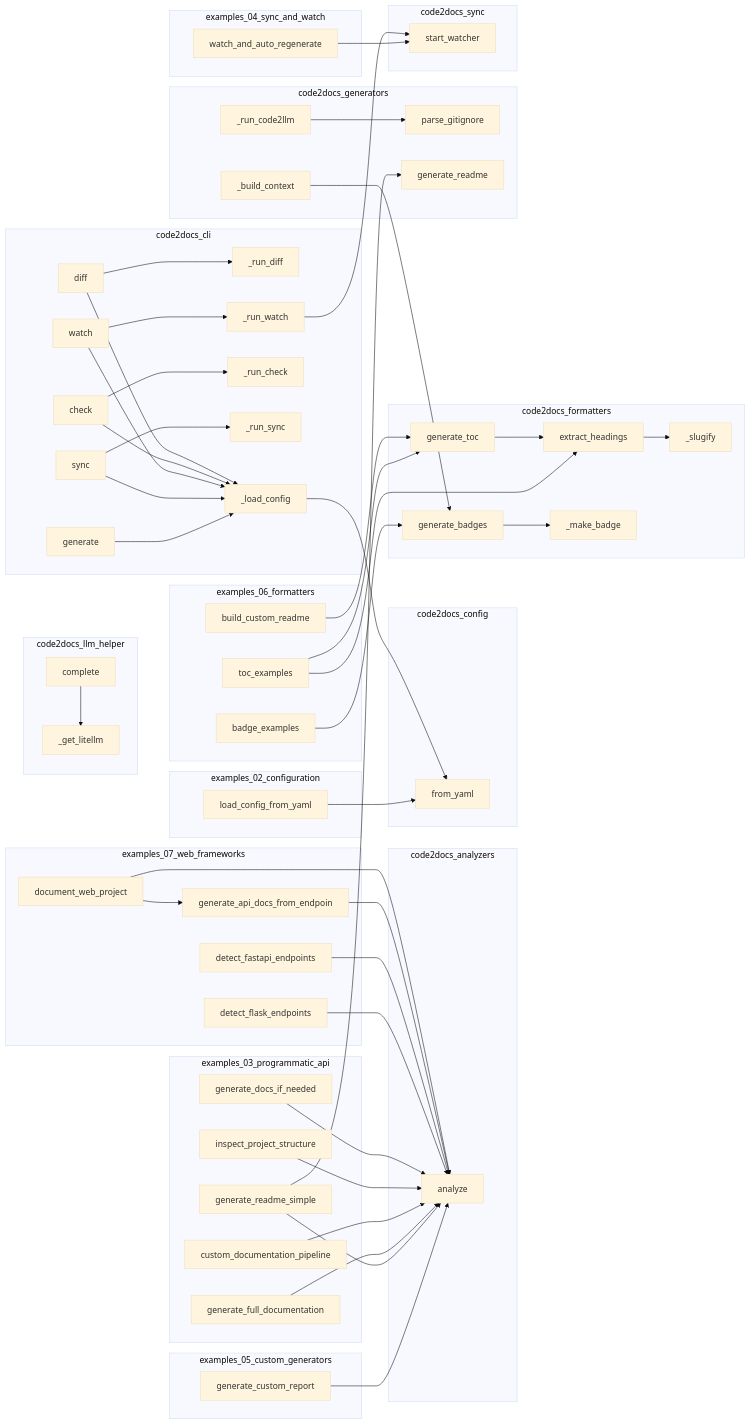
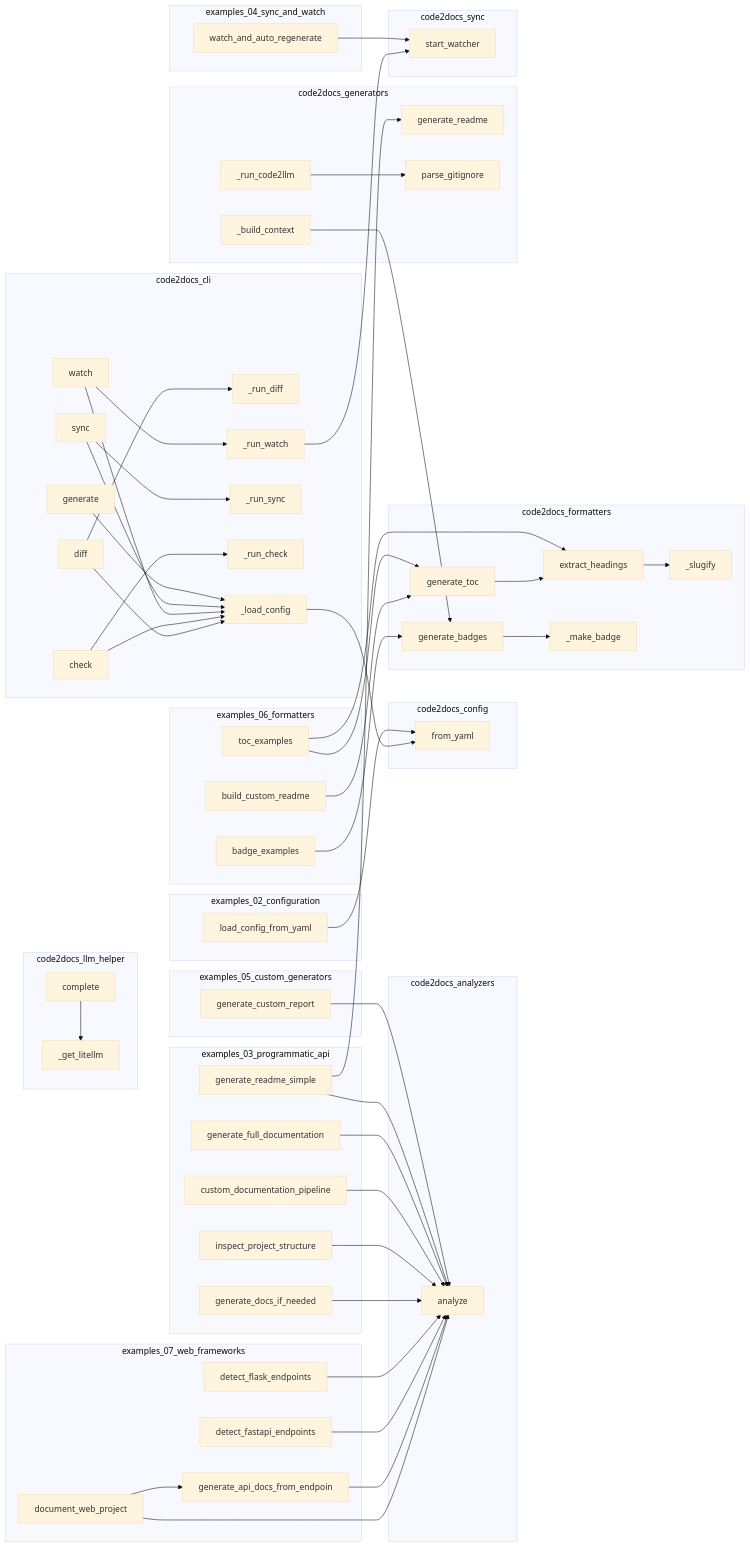
The diagram in project/calls.mmd (wronai/code2docs), drawn with Mermaid (base theme) before and after one commit. The commit also changed other lines of this file and 23 other files, not shown here.

```diff
--- a/project/calls.mmd
+++ b/project/calls.mmd
@@ -1,101 +1,101 @@
 flowchart LR
     subgraph code2docs_analyzers
         code2docs__analyze["analyze"]
     end
     subgraph code2docs_cli
+        code2docs__cli__check["check"]
+        code2docs__cli___run_diff["_run_diff"]
+        code2docs__cli___load_config["_load_config"]
+        code2docs__cli__watch["watch"]
         code2docs__cli__generate["generate"]
-        code2docs__cli___run_diff["_run_diff"]
+        code2docs__cli__diff["diff"]
+        code2docs__cli___run_sync["_run_sync"]
+        code2docs__cli___run_check["_run_check"]
+        code2docs__cli___run_watch["_run_watch"]
         code2docs__cli__sync["sync"]
-        code2docs__cli__check["check"]
-        code2docs__cli__watch["watch"]
-        code2docs__cli___run_watch["_run_watch"]
-        code2docs__cli___run_check["_run_check"]
-        code2docs__cli___run_sync["_run_sync"]
-        code2docs__cli___load_config["_load_config"]
-        code2docs__cli__diff["diff"]
     end
     subgraph code2docs_config
         code2docs__config__Code2DocsConfig__from_yaml["from_yaml"]
     end
     subgraph code2docs_formatters
+        code2docs__formatters__toc__generate_toc["generate_toc"]
         code2docs__formatters__toc___slugify["_slugify"]
-        code2docs__formatters__toc__generate_toc["generate_toc"]
         code2docs__formatters__toc__extract_headings["extract_headings"]
+        code2docs__formatters__badges__generate_badges["generate_badges"]
         code2docs__formatters__badges___make_badge["_make_badge"]
-        code2docs__formatters__badges__generate_badges["generate_badges"]
     end
     subgraph code2docs_generators
+        code2docs__generators__readme_gen__generate_readme["generate_readme"]
+        code2docs__parse_gitignore["parse_gitignore"]
+        code2docs___build_context["_build_context"]
         code2docs___run_code2llm["_run_code2llm"]
-        code2docs___build_context["_build_context"]
-        code2docs__parse_gitignore["parse_gitignore"]
-        code2docs__generators__readme_gen__generate_readme["generate_readme"]
     end
     subgraph code2docs_llm_helper
+        code2docs__llm_helper___get_litellm["_get_litellm"]
         code2docs__llm_helper__LLMHelper__complete["complete"]
-        code2docs__llm_helper___get_litellm["_get_litellm"]
     end
     subgraph code2docs_sync
         code2docs__sync__watcher__start_watcher["start_watcher"]
     end
     subgraph examples_02_configuration
         examples__02_configuration__load_config_from_yaml["load_config_from_yaml"]
     end
     subgraph examples_03_programmatic_api
+        examples__generate_full_documentation["generate_full_documentation"]
+        examples__custom_documentation_pipeline["custom_documentation_pipeline"]
         examples__generate_docs_if_needed["generate_docs_if_needed"]
         examples__inspect_project_structure["inspect_project_structure"]
-        examples__custom_documentation_pipeline["custom_documentation_pipeline"]
-        examples__generate_full_documentation["generate_full_documentation"]
         examples__generate_readme_simple["generate_readme_simple"]
     end
     subgraph examples_04_sync_and_watch
         examples__watch_and_auto_regenerate["watch_and_auto_regenerate"]
     end
     subgraph examples_05_custom_generators
         examples__generate_custom_report["generate_custom_report"]
     end
     subgraph examples_06_formatters
         examples__06_formatters__toc_examples["toc_examples"]
+        examples__06_formatters__badge_examples["badge_examples"]
         examples__06_formatters__build_custom_readme["build_custom_readme"]
-        examples__06_formatters__badge_examples["badge_examples"]
     end
     subgraph examples_07_web_frameworks
+        examples__generate_api_docs_from_endpoints["generate_api_docs_from_endpoin"]
+        examples__07_web_frameworks__document_web_project["document_web_project"]
         examples__detect_fastapi_endpoints["detect_fastapi_endpoints"]
-        examples__07_web_frameworks__document_web_project["document_web_project"]
-        examples__generate_api_docs_from_endpoints["generate_api_docs_from_endpoin"]
         examples__detect_flask_endpoints["detect_flask_endpoints"]
     end
     code2docs__llm_helper__LLMHelper__complete --> code2docs__llm_helper___get_litellm
     examples__watch_and_auto_regenerate --> code2docs__sync__watcher__start_watcher
     examples__generate_custom_report --> code2docs__analyze
     examples__06_formatters__badge_examples --> code2docs__formatters__badges__generate_badges
     examples__06_formatters__toc_examples --> code2docs__formatters__toc__generate_toc
     examples__06_formatters__toc_examples --> code2docs__formatters__toc__extract_headings
     examples__06_formatters__build_custom_readme --> code2docs__formatters__toc__generate_toc
     examples__generate_readme_simple --> code2docs__analyze
     examples__generate_readme_simple --> code2docs__generators__readme_gen__generate_readme
     examples__generate_full_documentation --> code2docs__analyze
     examples__custom_documentation_pipeline --> code2docs__analyze
     examples__inspect_project_structure --> code2docs__analyze
     examples__generate_docs_if_needed --> code2docs__analyze
     examples__detect_flask_endpoints --> code2docs__analyze
     examples__detect_fastapi_endpoints --> code2docs__analyze
     examples__generate_api_docs_from_endpoints --> code2docs__analyze
     examples__07_web_frameworks__document_web_project --> code2docs__analyze
     examples__07_web_frameworks__document_web_project --> examples__generate_api_docs_from_endpoints
     examples__02_configuration__load_config_from_yaml --> code2docs__config__Code2DocsConfig__from_yaml
     code2docs__formatters__badges__generate_badges --> code2docs__formatters__badges___make_badge
     code2docs__formatters__toc__generate_toc --> code2docs__formatters__toc__extract_headings
     code2docs__formatters__toc__extract_headings --> code2docs__formatters__toc___slugify
     code2docs___run_code2llm --> code2docs__parse_gitignore
     code2docs___build_context --> code2docs__formatters__badges__generate_badges
     code2docs__cli__generate --> code2docs__cli___load_config
     code2docs__cli__sync --> code2docs__cli___load_config
     code2docs__cli__sync --> code2docs__cli___run_sync
     code2docs__cli__watch --> code2docs__cli___load_config
     code2docs__cli__watch --> code2docs__cli___run_watch
     code2docs__cli__check --> code2docs__cli___load_config
     code2docs__cli__check --> code2docs__cli___run_check
     code2docs__cli__diff --> code2docs__cli___load_config
     code2docs__cli__diff --> code2docs__cli___run_diff
     code2docs__cli___load_config --> code2docs__config__Code2DocsConfig__from_yaml
     code2docs__cli___run_watch --> code2docs__sync__watcher__start_watcher
```
